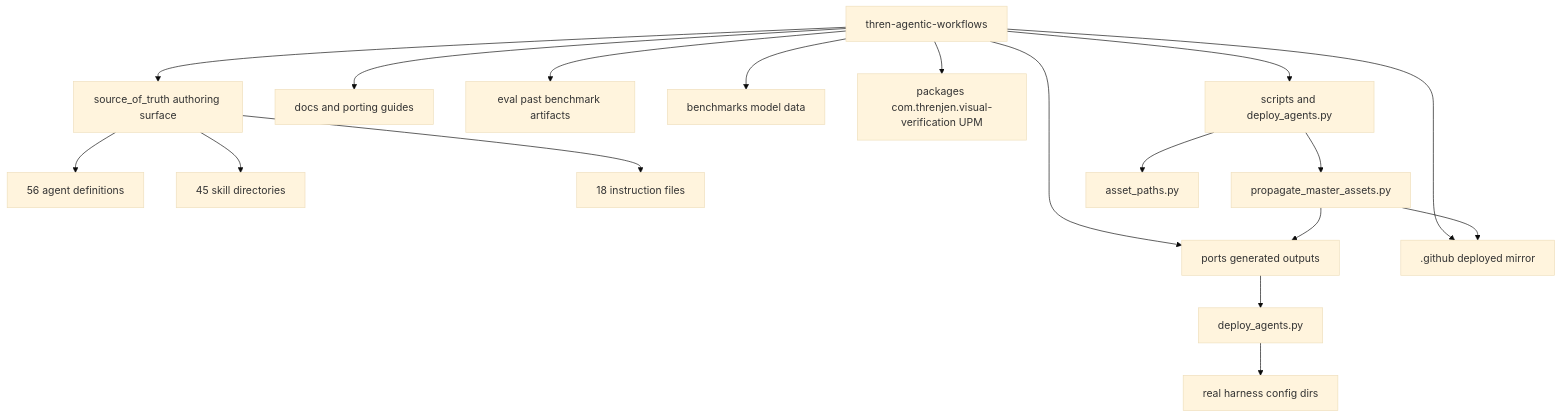
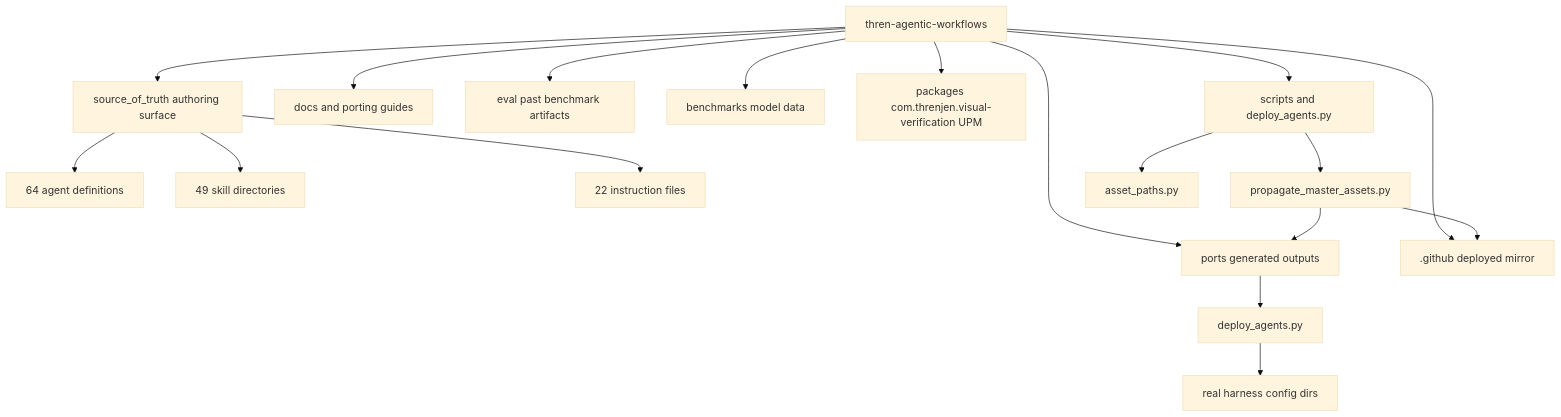
The first of 4 diagrams in docs/ARCHITECTURE.md (threnjen/thren-agentic-workflows), drawn with Mermaid (base theme) before and after one commit. The commit also changed other lines of this file and 11 other files, not shown here.

````diff
--- a/docs/ARCHITECTURE.md
+++ b/docs/ARCHITECTURE.md
@@ -22,24 +22,24 @@
 ```mermaid
 flowchart TD
     Root[thren-agentic-workflows]
 
     Root --> SOT[source_of_truth authoring surface]
     Root --> Ports[ports generated outputs]
     Root --> DotGithub[.github deployed mirror]
     Root --> Docs[docs and porting guides]
     Root --> Eval[eval past benchmark artifacts]
     Root --> Bench[benchmarks model data]
     Root --> Pkg[packages com.threnjen.visual-verification UPM]
     Root --> Scripts[scripts and deploy_agents.py]
 
-    SOT --> Agents[56 agent definitions]
-    SOT --> Skills[45 skill directories]
-    SOT --> Instructions[18 instruction files]
+    SOT --> Agents[64 agent definitions]
+    SOT --> Skills[49 skill directories]
+    SOT --> Instructions[22 instruction files]
 
     Scripts --> Propagate[propagate_master_assets.py]
     Scripts --> Shared[asset_paths.py]
     Propagate --> Ports
     Propagate --> DotGithub
     Deploy[deploy_agents.py] --> RealDirs[real harness config dirs]
     Ports --> Deploy
 ```
````
